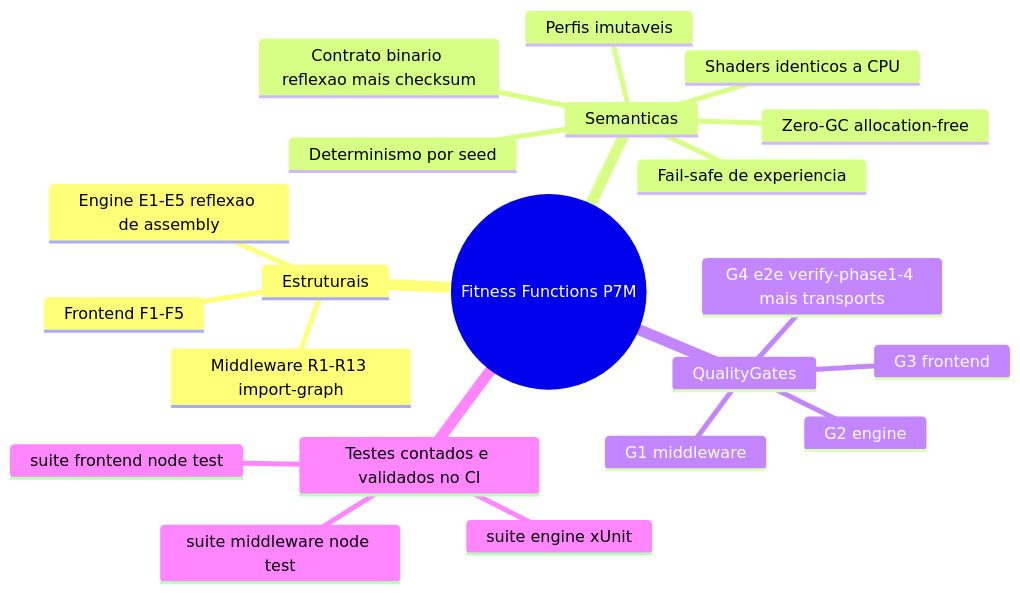
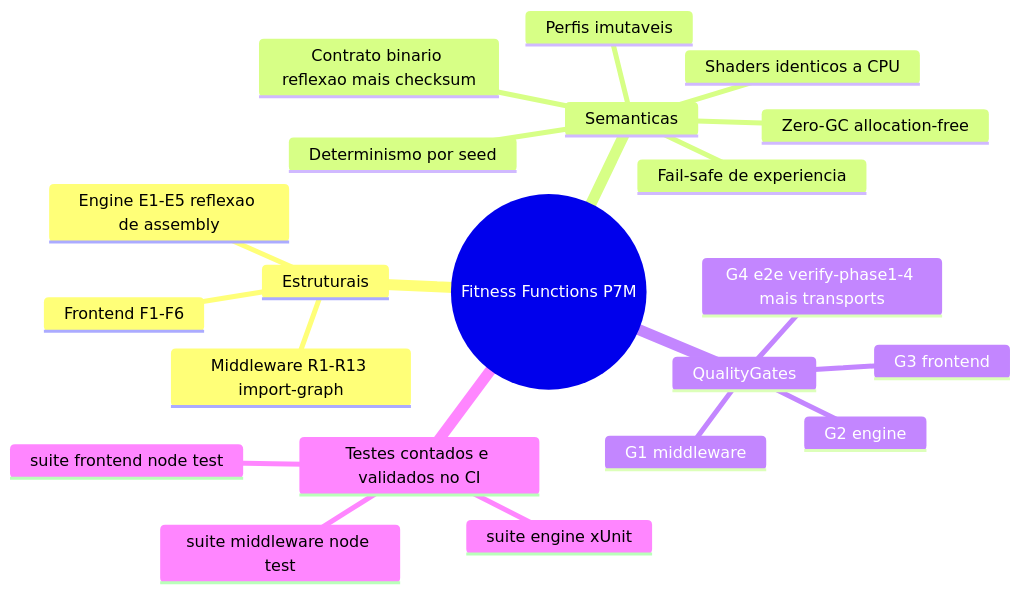
Before and after one commit to flaviotinococoutinho/Gridsmith: the third of 5 diagrams in docs/GOVERNANCE.md, drawn with Mermaid. The commit also changed other lines of this file and 25 other files, not shown here.

````diff
--- a/docs/GOVERNANCE.md
+++ b/docs/GOVERNANCE.md
@@ -151,24 +153,24 @@
 ```mermaid
 mindmap
   root(("Fitness Functions P7M"))
     Estruturais
       Middleware R1-R13 import-graph
-      Frontend F1-F5
+      Frontend F1-F6
       Engine E1-E5 reflexao de assembly
     Semanticas
       Zero-GC allocation-free
       Determinismo por seed
       Contrato binario reflexao mais checksum
       Shaders identicos a CPU
       Perfis imutaveis
       Fail-safe de experiencia
     QualityGates
       G1 middleware
       G2 engine
       G3 frontend
       G4 e2e verify-phase1-4 mais transports
     Testes contados e validados no CI
       suite engine xUnit
       suite middleware node test
       suite frontend node test
 ```
````
